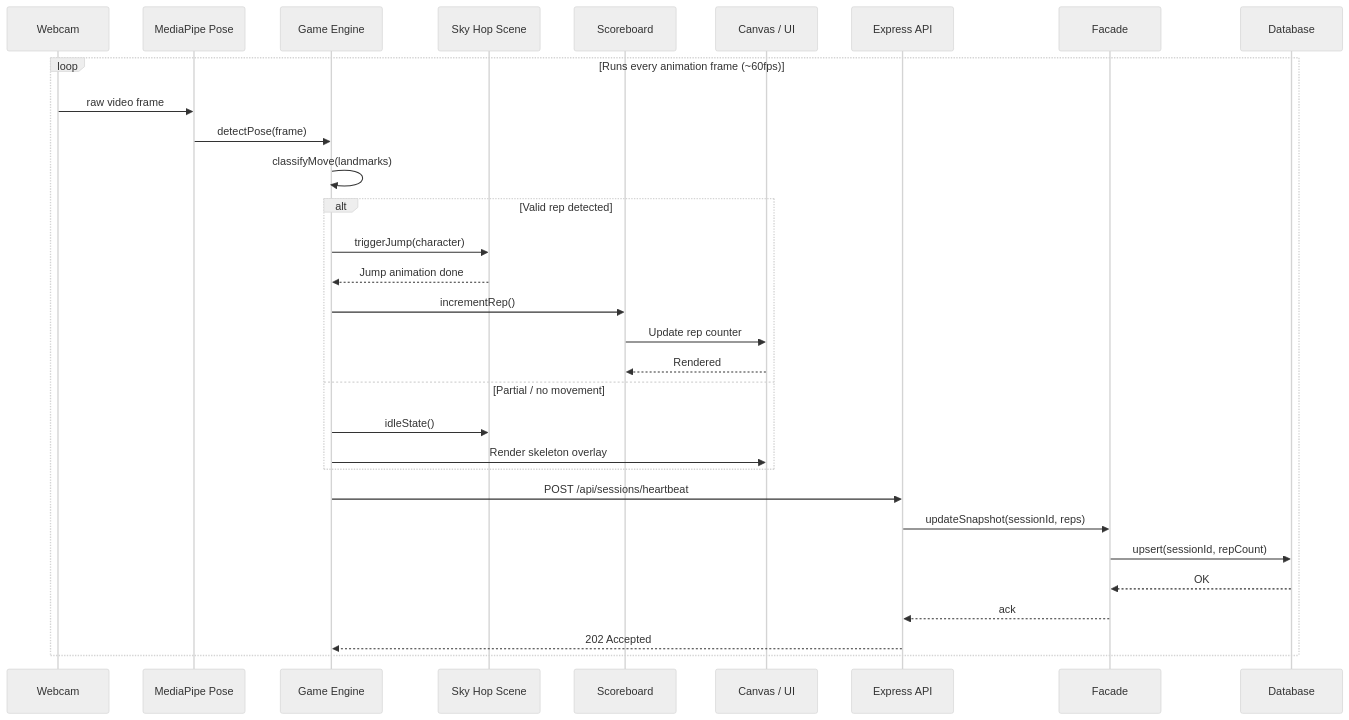
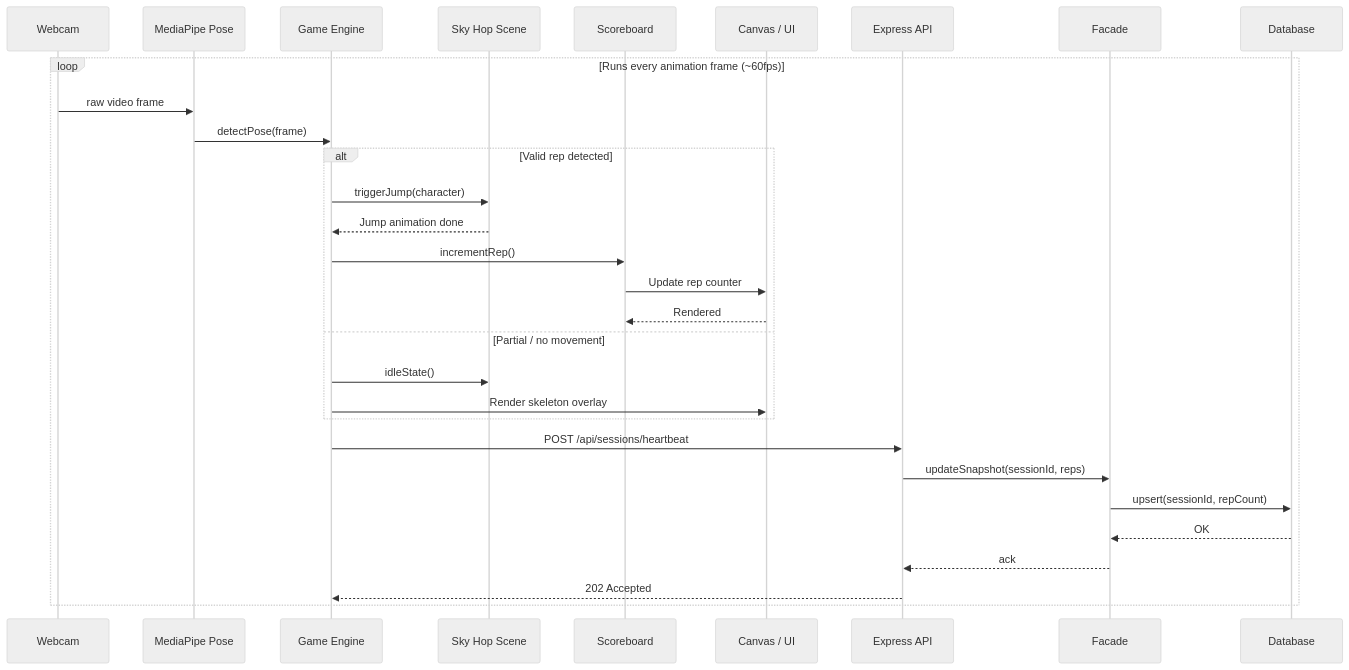
One commit to MattW-12106/fitness-portfolio changed the third of 5 diagrams in Stage_3/high-level-diagram.md. Above: the diagram before and after it, drawn with Mermaid (neutral theme).

````diff
--- a/Stage_3/high-level-diagram.md
+++ b/Stage_3/high-level-diagram.md
@@ -65,36 +65,35 @@
 ```mermaid
 sequenceDiagram
   participant Webcam
   participant MP as MediaPipe Pose
   participant GE as Game Engine
   participant Scene as Sky Hop Scene
   participant SB as Scoreboard
   participant Canvas as Canvas / UI
   participant API as Express API
   participant Facade
   participant DB as Database
 
   loop Runs every animation frame (~60fps)
     Webcam->>MP: raw video frame
     MP->>GE: detectPose(frame)
-    GE->>GE: classifyMove(landmarks)
 
     alt Valid rep detected
       GE->>Scene: triggerJump(character)
       Scene-->>GE: Jump animation done
       GE->>SB: incrementRep()
       SB->>Canvas: Update rep counter
       Canvas-->>SB: Rendered
     else Partial / no movement
       GE->>Scene: idleState()
       GE->>Canvas: Render skeleton overlay
     end
 
     GE->>API: POST /api/sessions/heartbeat
     API->>Facade: updateSnapshot(sessionId, reps)
     Facade->>DB: upsert(sessionId, repCount)
     DB-->>Facade: OK
     Facade-->>API: ack
     API-->>GE: 202 Accepted
   end
 ```
````
